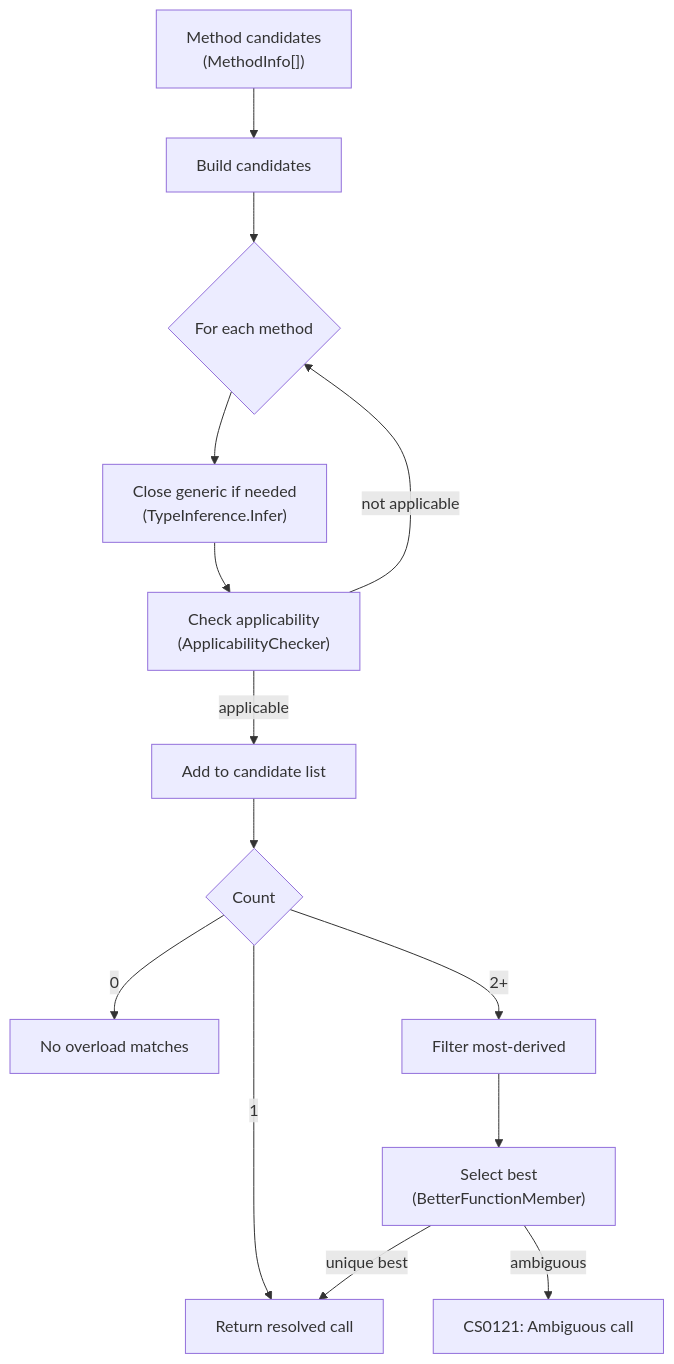
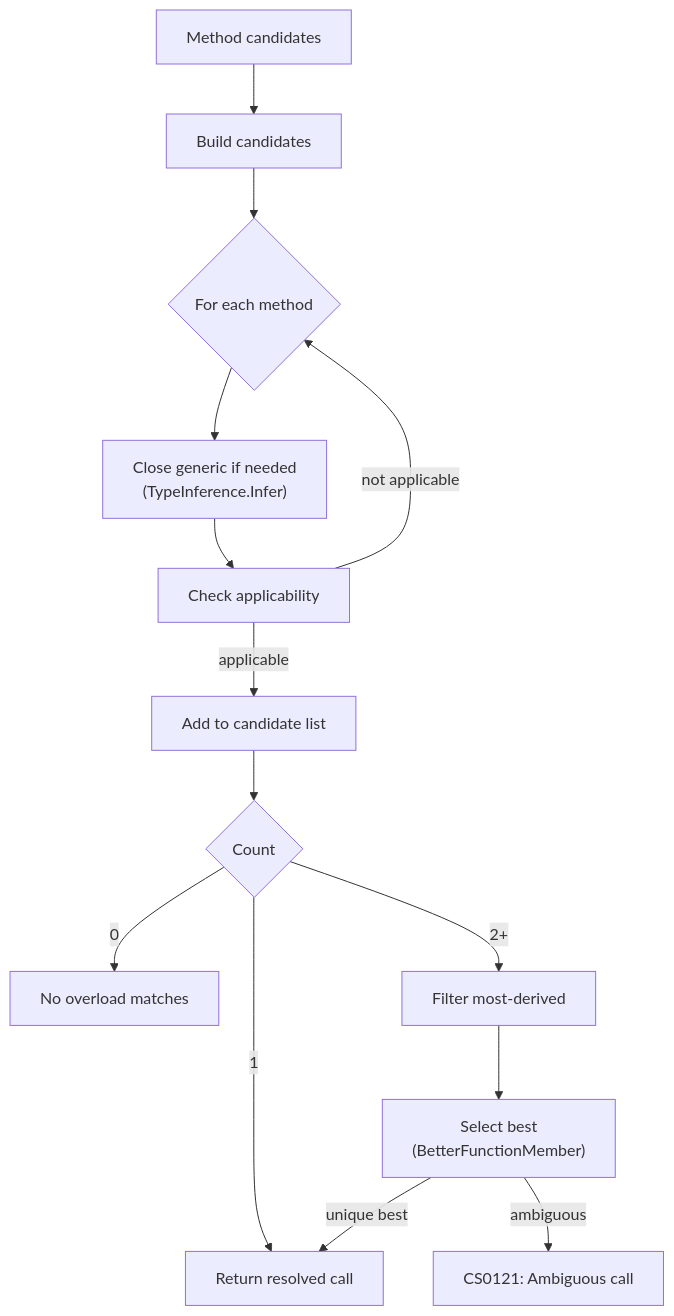
Before and after one commit to MartiSilvio/Alder: the diagram in docs/architecture/overload-resolution.md, drawn with Mermaid. The commit also changed other lines of this file and 117 other files, not shown here.

````diff
--- a/docs/architecture/overload-resolution.md
+++ b/docs/architecture/overload-resolution.md
@@ -14,16 +12,16 @@
 ```mermaid
 graph TD
-    A["Method candidates<br/>(MethodInfo[])"] --> B["Build candidates"]
+    A["Method candidates"] --> B["Build candidates"]
     B --> C{"For each method"}
     C --> D["Close generic if needed<br/>(TypeInference.Infer)"]
-    D --> E["Check applicability<br/>(ApplicabilityChecker)"]
+    D --> E["Check applicability"]
     E -->|"applicable"| F["Add to candidate list"]
     E -->|"not applicable"| C
     F --> G{"Count"}
     G -->|"0"| FAIL["No overload matches"]
     G -->|"1"| OK["Return resolved call"]
     G -->|"2+"| H["Filter most-derived"]
     H --> I["Select best<br/>(BetterFunctionMember)"]
     I -->|"unique best"| OK
     I -->|"ambiguous"| AMB["CS0121: Ambiguous call"]
 ```
````
